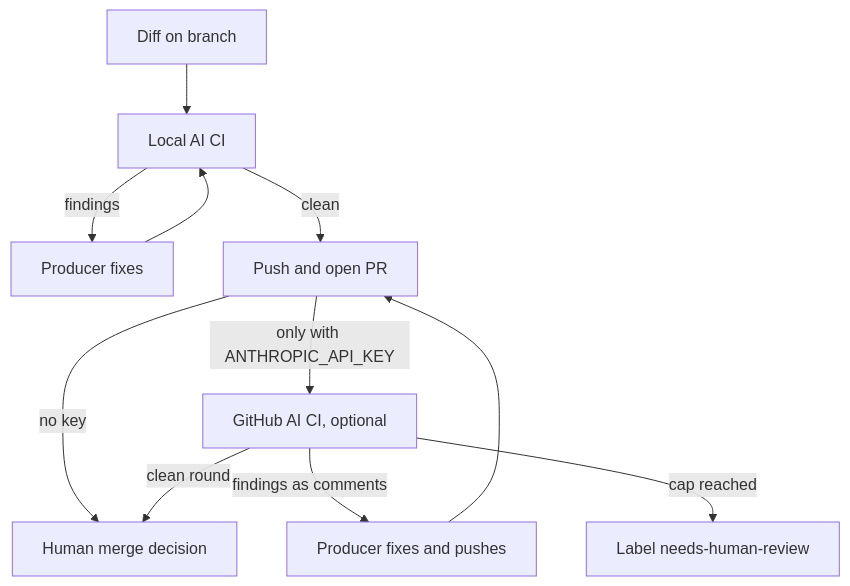
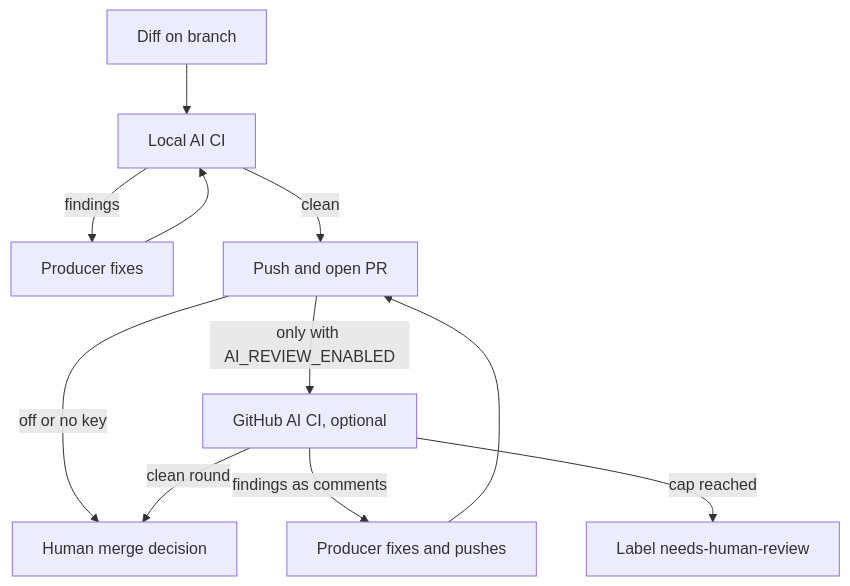
Before and after one commit to sergiosaraiva/quorum-agentic-framework: the diagram in docs/concepts/08-ai-ci-local-and-github.md, drawn with Mermaid. The commit also changed other lines of this file and 47 other files, not shown here.

````diff
--- a/docs/concepts/08-ai-ci-local-and-github.md
+++ b/docs/concepts/08-ai-ci-local-and-github.md
@@ -22,13 +22,13 @@
 ```mermaid
 flowchart TD
   D[Diff on branch] --> L[Local AI CI]
   L -->|findings| F[Producer fixes]
   F --> L
   L -->|clean| PUSH[Push and open PR]
-  PUSH -->|no key| H
-  PUSH -->|only with ANTHROPIC_API_KEY| G[GitHub AI CI, optional]
+  PUSH -->|off or no key| H
+  PUSH -->|only with AI_REVIEW_ENABLED| G[GitHub AI CI, optional]
   G -->|findings as comments| F2[Producer fixes and pushes]
   F2 --> PUSH
   G -->|clean round| H[Human merge decision]
   G -->|cap reached| E[Label needs-human-review]
 ```
````
